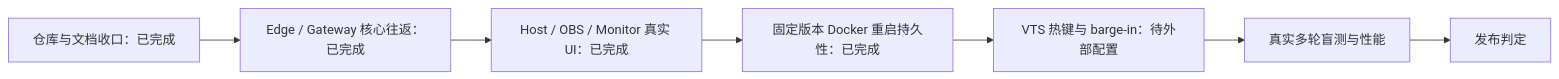
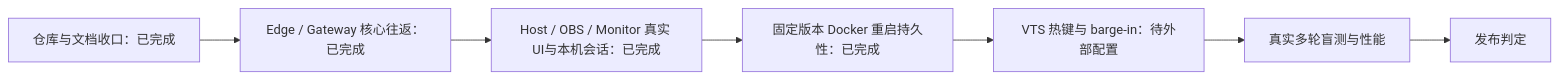
The diagram in docs/30_devspec/NEXT_GENERATION_EVOLUTION_EXECUTION.md (SakuraYoruno/Natsume_Ai), drawn with Mermaid before and after one commit. The commit also changed other lines of this file and 40 other files, not shown here.

````diff
--- a/docs/30_devspec/NEXT_GENERATION_EVOLUTION_EXECUTION.md
+++ b/docs/30_devspec/NEXT_GENERATION_EVOLUTION_EXECUTION.md
@@ -28,9 +31,9 @@
 ```mermaid
 flowchart LR
     A["仓库与文档收口：已完成"] --> B["Edge / Gateway 核心往返：已完成"]
-    B --> C["Host / OBS / Monitor 真实 UI：已完成"]
+    B --> C["Host / OBS / Monitor 真实 UI与本机会话：已完成"]
     C --> D["固定版本 Docker 重启持久性：已完成"]
     D --> E["VTS 热键与 barge-in：待外部配置"]
     E --> F["真实多轮盲测与性能"]
     F --> G["发布判定"]
 ```
````
